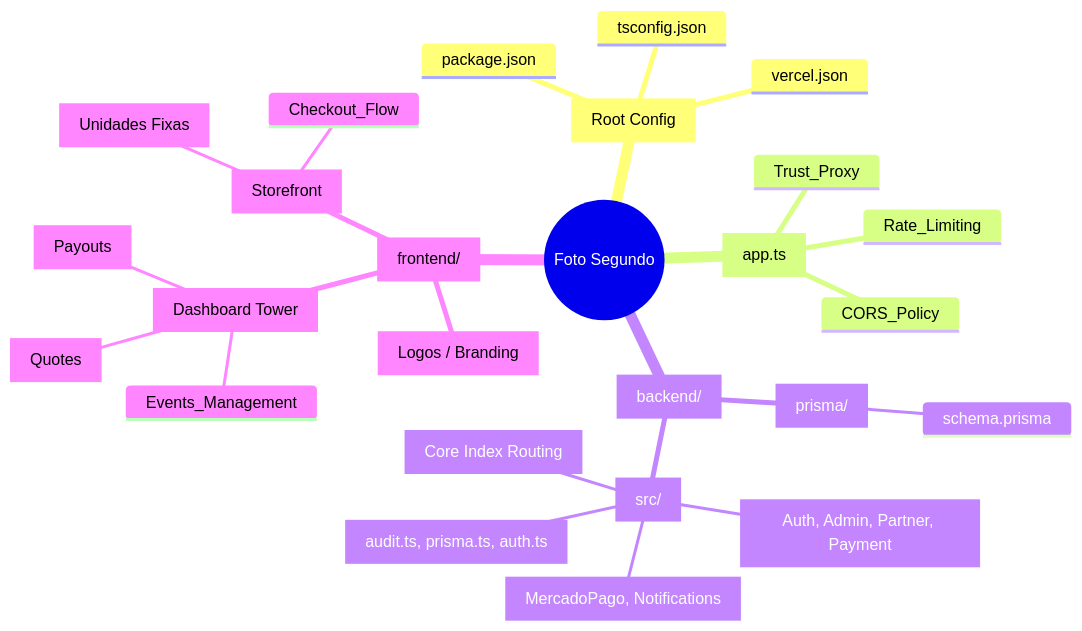
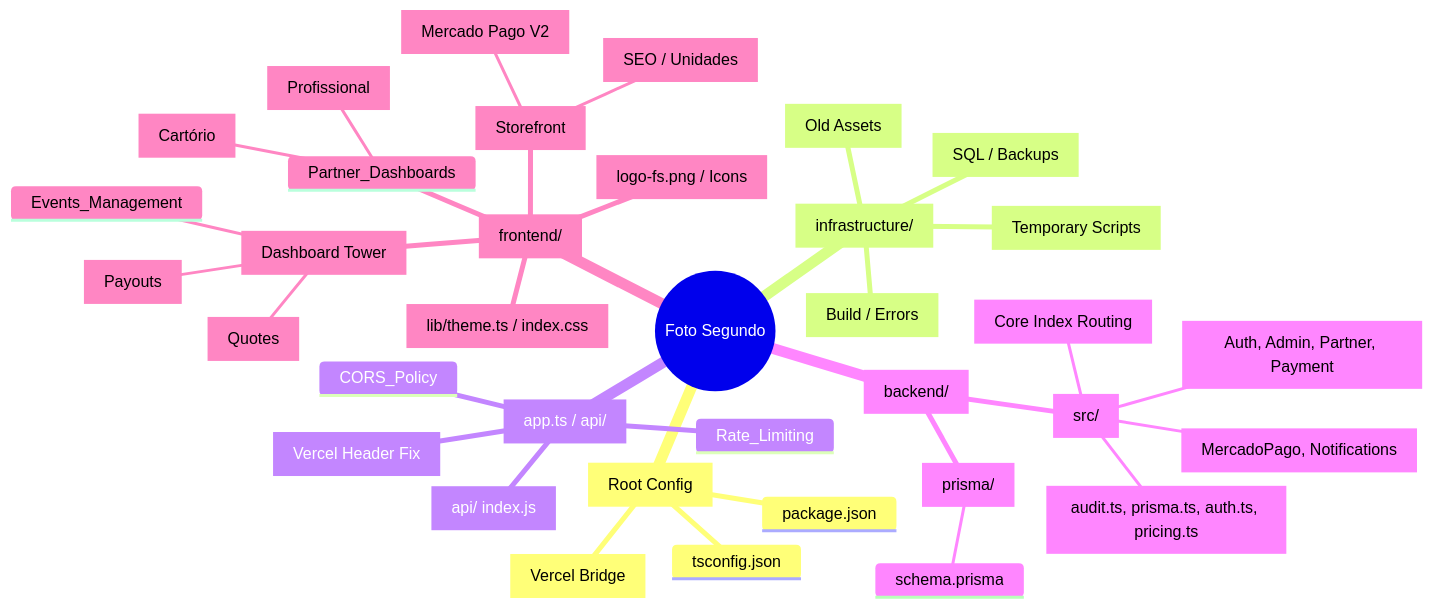
The diagram in ANOTAÇÕES/system_mind_map.md (entrelenteselugares/FS), drawn with Mermaid before and after one commit. The commit also changed 66 other files, not shown here.

````diff
--- a/ANOTAÇÕES/system_mind_map.md
+++ b/ANOTAÇÕES/system_mind_map.md
@@ -7,29 +7,39 @@
 ```mermaid
 mindmap
   root((Foto Segundo))
     Configurações [Root Config]
       package.json
-      vercel.json
+      vercel.json [Vercel Bridge]
       tsconfig.json
-    Infra_Servidor [app.ts]
+    Infraestrutura [infrastructure/]
+      DB_Scripts [SQL / Backups]
+      Logs [Build / Errors]
+      Tests [Temporary Scripts]
+      Legacy [Old Assets]
+    Infras_Servidor [app.ts / api/]
       Rate_Limiting
-      Trust_Proxy
+      Trust_Proxy [Vercel Header Fix]
       CORS_Policy
+      Vercel_Functions [api/ index.js]
     Backend_Express [backend/]
       Prisma_DB [prisma/]
         schema.prisma
       Src_Logic [src/]
         Controllers [Auth, Admin, Partner, Payment]
         Routes [Core Index Routing]
-        Lib [audit.ts, prisma.ts, auth.ts]
+        Lib [audit.ts, prisma.ts, auth.ts, pricing.ts]
         Services [MercadoPago, Notifications]
     Frontend_React [frontend/]
-      Public_Assets [Logos / Branding]
+      Public_Assets [logo-fs.png / Icons]
+      Design_System [lib/theme.ts / index.css]
       Administrative [Dashboard Tower]
         Events_Management
         Lead_Machine [Quotes]
         Financial_Uber_Style [Payouts]
+      Partner_Dashboards
+        Artista_da_Rede [Profissional]
+        Unidade_Fixa [Cartório]
       Public_Pages [Storefront]
-        Landing_Pages [Unidades Fixas]
-        Checkout_Flow
+        Landing_Pages [SEO / Unidades]
+        Checkout_Flow [Mercado Pago V2]
 ```
````
